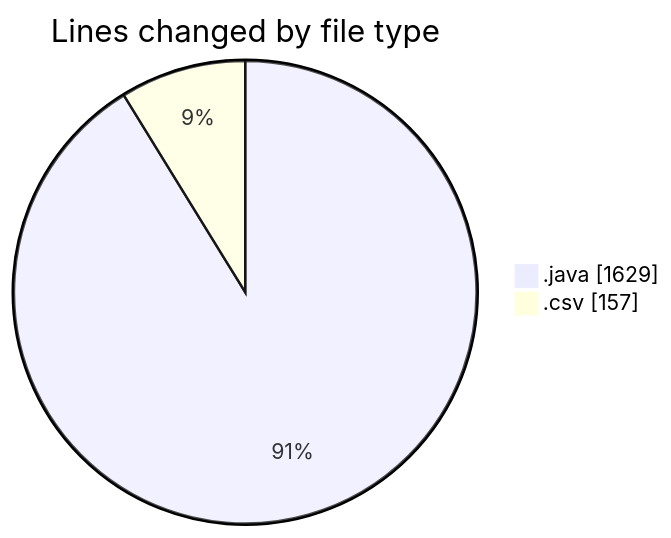
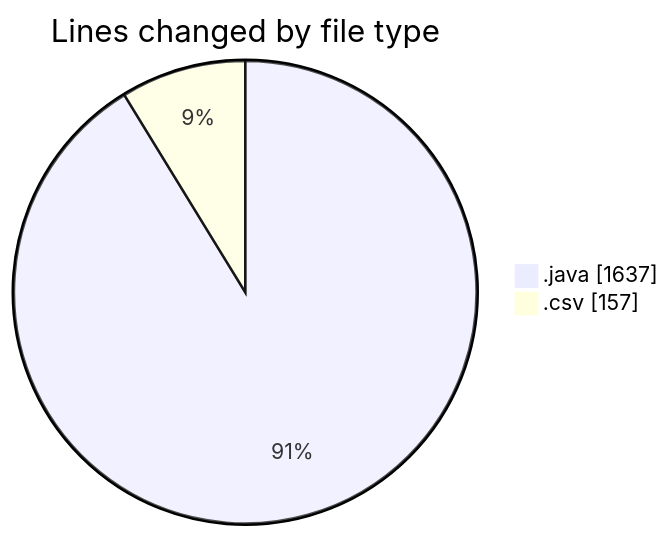
One commit to ricardozamudiocil/code-tracking changed the first of 2 diagrams in 2026-03-24/cilapp/README.md. Above: the diagram before and after it, drawn with Mermaid. The commit also changed other lines of this file and 1 other file, not shown here.

````diff
--- a/2026-03-24/cilapp/README.md
+++ b/2026-03-24/cilapp/README.md
@@ -25,6 +25,6 @@
 ```mermaid
 pie showData
 title Lines changed by file type
-".java" : 1629
+".java" : 1637
 ".csv" : 157
 ```
````
